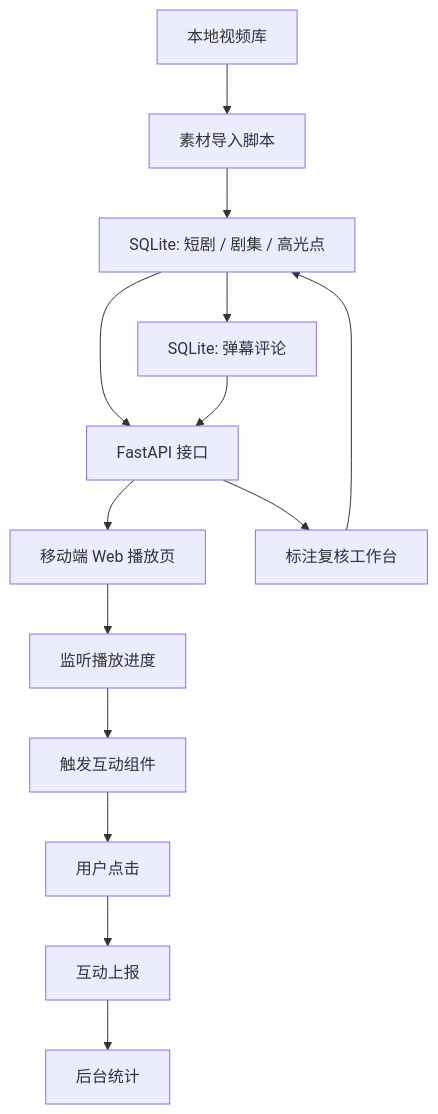
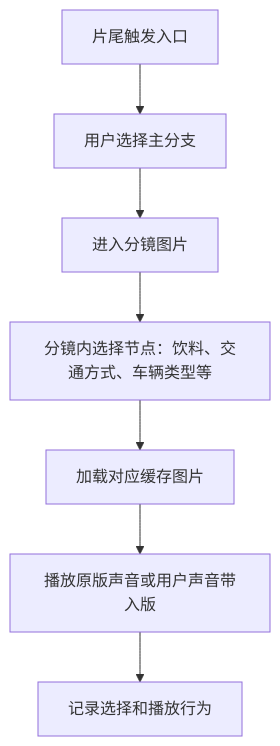
Before and after one commit to leoelio/Understanding-Short-Dramas: the sixth of 7 diagrams in docs/architecture.md, drawn with Mermaid. The commit also changed other lines of this file and 69 other files, not shown here.

````diff
--- a/docs/architecture.md
+++ b/docs/architecture.md
@@ -9,16 +201,9 @@
 ```mermaid
 flowchart TD
-    A["本地视频库"] --> B["素材导入脚本"]
-    B --> C["SQLite: 短剧 / 剧集 / 高光点"]
-    C --> L["SQLite: 弹幕评论"]
-    C --> D["FastAPI 接口"]
-    L --> D
-    D --> E["移动端 Web 播放页"]
-    D --> K["标注复核工作台"]
-    E --> F["监听播放进度"]
-    F --> G["触发互动组件"]
-    G --> H["用户点击"]
-    H --> I["互动上报"]
-    I --> J["后台统计"]
-    K --> C
+    A["片尾触发入口"] --> B["用户选择主分支"]
+    B --> C["进入分镜图片"]
+    C --> D["分镜内选择节点：饮料、交通方式、车辆类型等"]
+    D --> E["加载对应缓存图片"]
+    E --> F["播放原版声音或用户声音带入版"]
+    F --> G["记录选择和播放行为"]
 ```
````
